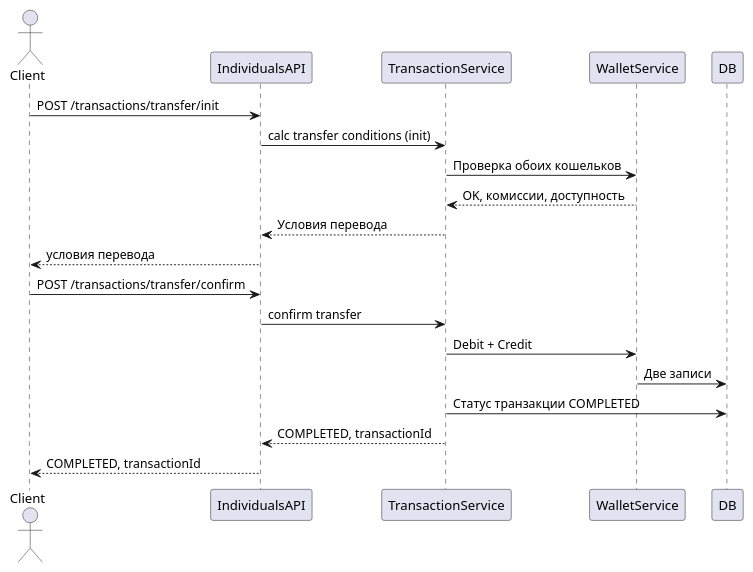
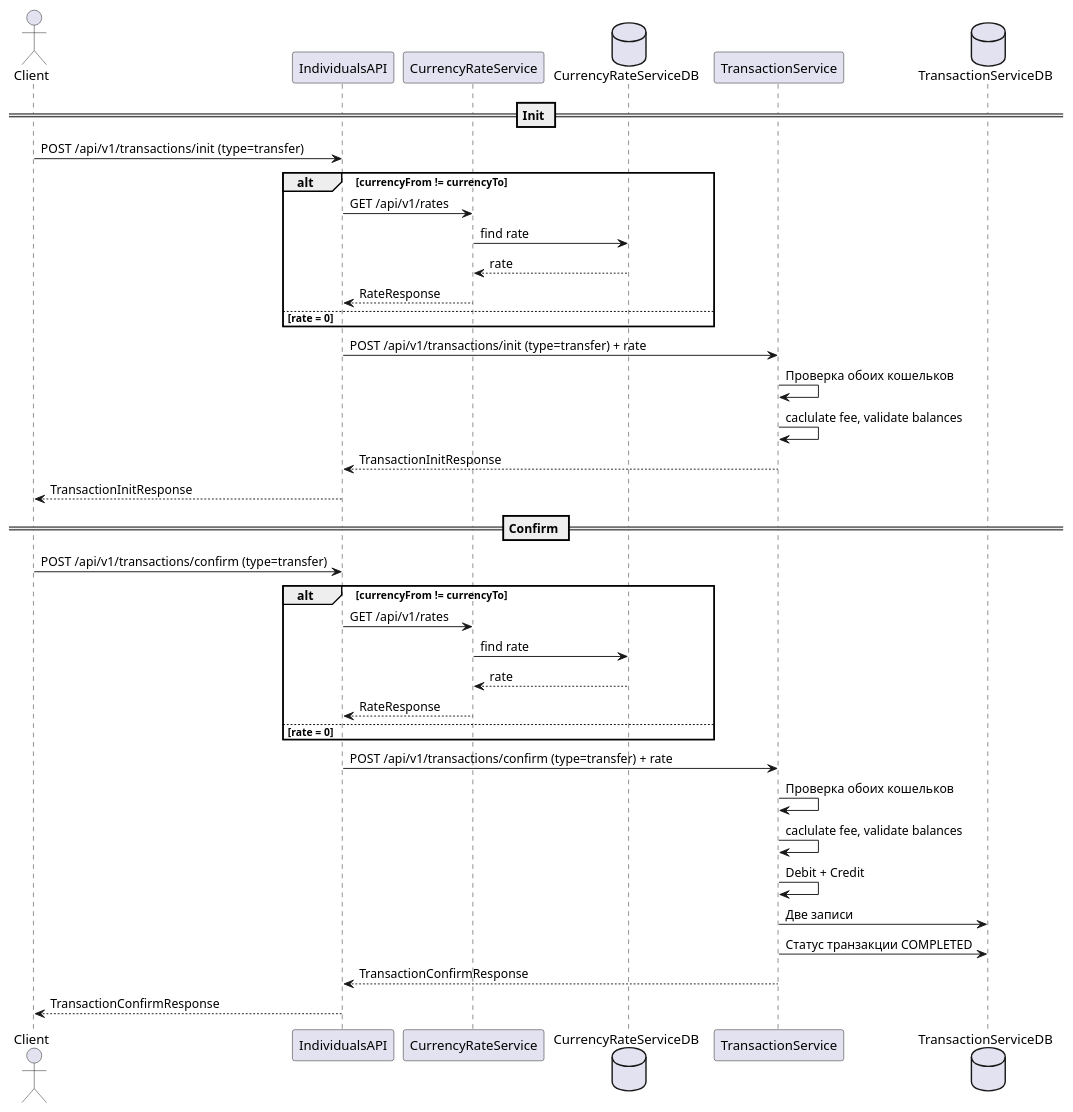
The diagram in diagram/transfer.puml (diamam90/payment-system), drawn with PlantUML before and after one commit. The commit also changed 11 other files, not shown here.

Commit message:
диаграммы для 4 модуля

```diff
--- a/diagram/transfer.puml
+++ b/diagram/transfer.puml
@@ -1,21 +1,40 @@
 @startuml
 actor Client
 participant IndividualsAPI
+participant CurrencyRateService
+database CurrencyRateServiceDB
 participant TransactionService
-participant WalletService
+database TransactionServiceDB
 
-Client -> IndividualsAPI: POST /transactions/transfer/init
-IndividualsAPI -> TransactionService: calc transfer conditions (init)
-TransactionService -> WalletService: Проверка обоих кошельков
-WalletService --> TransactionService: OK, комиссии, доступность
-TransactionService --> IndividualsAPI: Условия перевода
-IndividualsAPI --> Client: условия перевода
-
-Client -> IndividualsAPI: POST /transactions/transfer/confirm
-IndividualsAPI -> TransactionService: confirm transfer
-TransactionService -> WalletService: Debit + Credit
-WalletService -> DB: Две записи
-TransactionService -> DB: Статус транзакции COMPLETED
-TransactionService --> IndividualsAPI: COMPLETED, transactionId
-IndividualsAPI --> Client: COMPLETED, transactionId
+== Init ==
+Client -> IndividualsAPI: POST /api/v1/transactions/init  (type=transfer)
+alt currencyFrom != currencyTo
+IndividualsAPI -> CurrencyRateService: GET /api/v1/rates
+CurrencyRateService -> CurrencyRateServiceDB: find rate
+CurrencyRateServiceDB --> CurrencyRateService: rate
+CurrencyRateService --> IndividualsAPI: RateResponse
+else rate = 0
+end
+IndividualsAPI -> TransactionService: POST /api/v1/transactions/init (type=transfer) + rate
+TransactionService -> TransactionService: Проверка обоих кошельков
+TransactionService -> TransactionService: caclulate fee, validate balances
+TransactionService --> IndividualsAPI: TransactionInitResponse
+IndividualsAPI --> Client: TransactionInitResponse
+== Confirm ==
+Client -> IndividualsAPI: POST /api/v1/transactions/confirm (type=transfer)
+alt currencyFrom != currencyTo
+IndividualsAPI -> CurrencyRateService: GET /api/v1/rates
+CurrencyRateService -> CurrencyRateServiceDB: find rate
+CurrencyRateServiceDB --> CurrencyRateService: rate
+CurrencyRateService --> IndividualsAPI: RateResponse
+else rate = 0
+end
+IndividualsAPI -> TransactionService: POST /api/v1/transactions/confirm (type=transfer) + rate
+TransactionService -> TransactionService: Проверка обоих кошельков
+TransactionService -> TransactionService: caclulate fee, validate balances
+TransactionService -> TransactionService: Debit + Credit
+TransactionService -> TransactionServiceDB: Две записи
+TransactionService -> TransactionServiceDB: Статус транзакции COMPLETED
+TransactionService --> IndividualsAPI: TransactionConfirmResponse
+IndividualsAPI --> Client: TransactionConfirmResponse
 @enduml
```
